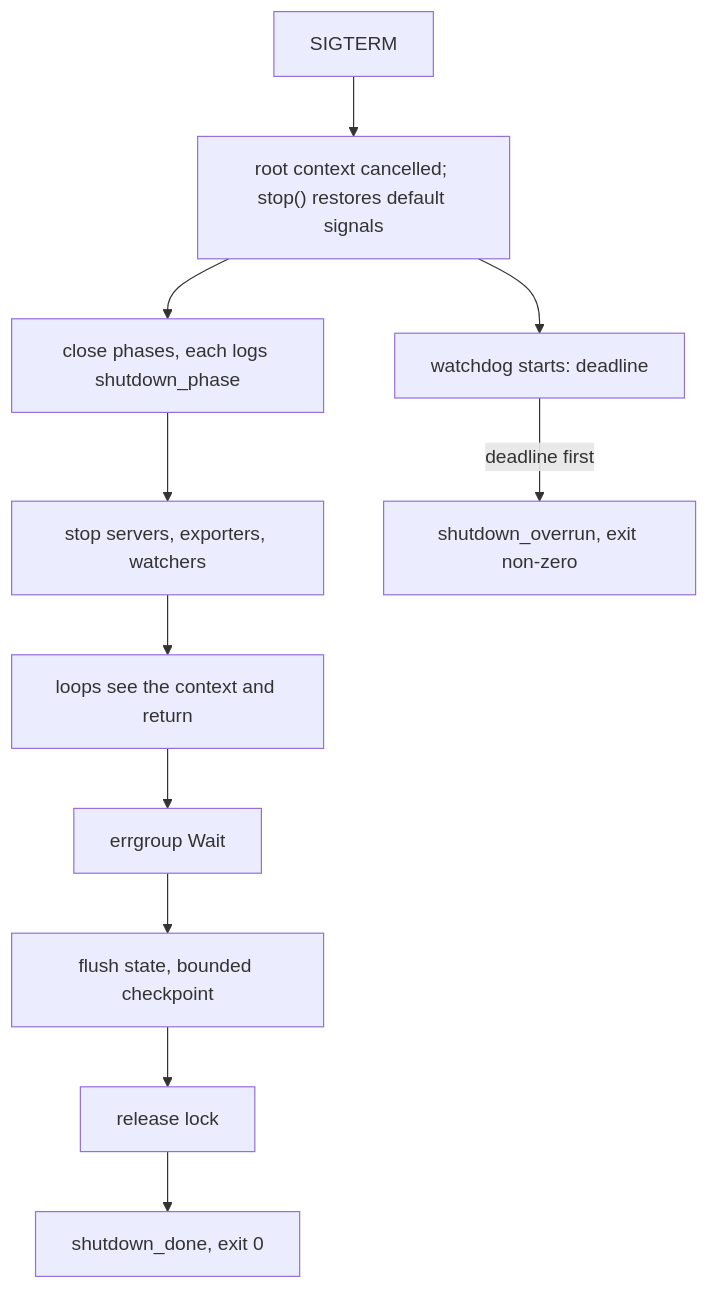
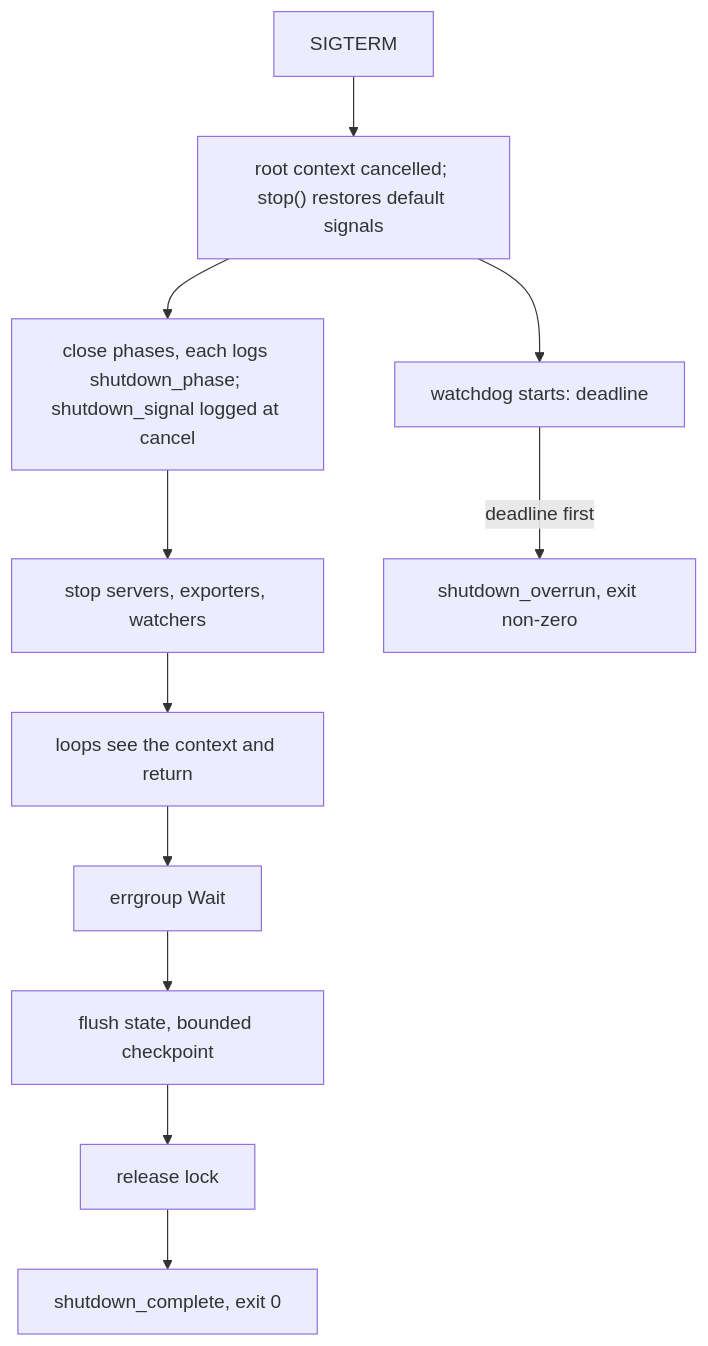
One commit to phillipgreenii/nix-repo-base changed the second of 2 diagrams in docs/go-daemons.md. Above: the diagram before and after it, drawn with Mermaid. The commit also changed other lines of this file, not shown here.

Commit message:
docs(go-daemons): align shutdown event names with x/lifecycle

````diff
--- a/docs/go-daemons.md
+++ b/docs/go-daemons.md
@@ -91,8 +94,8 @@
 ```mermaid
 flowchart TD
   SIG["SIGTERM"] --> CANCEL["root context cancelled; stop() restores default signals"]
   CANCEL --> WD["watchdog starts: deadline"]
-  CANCEL --> CLOSE["close phases, each logs shutdown_phase"]
-  CLOSE --> A["stop servers, exporters, watchers"] --> B["loops see the context and return"] --> C["errgroup Wait"] --> D["flush state, bounded checkpoint"] --> E["release lock"] --> DONE["shutdown_done, exit 0"]
+  CANCEL --> CLOSE["close phases, each logs shutdown_phase; shutdown_signal logged at cancel"]
+  CLOSE --> A["stop servers, exporters, watchers"] --> B["loops see the context and return"] --> C["errgroup Wait"] --> D["flush state, bounded checkpoint"] --> E["release lock"] --> DONE["shutdown_complete, exit 0"]
   WD -->|"deadline first"| OVR["shutdown_overrun, exit non-zero"]
 ```
````
